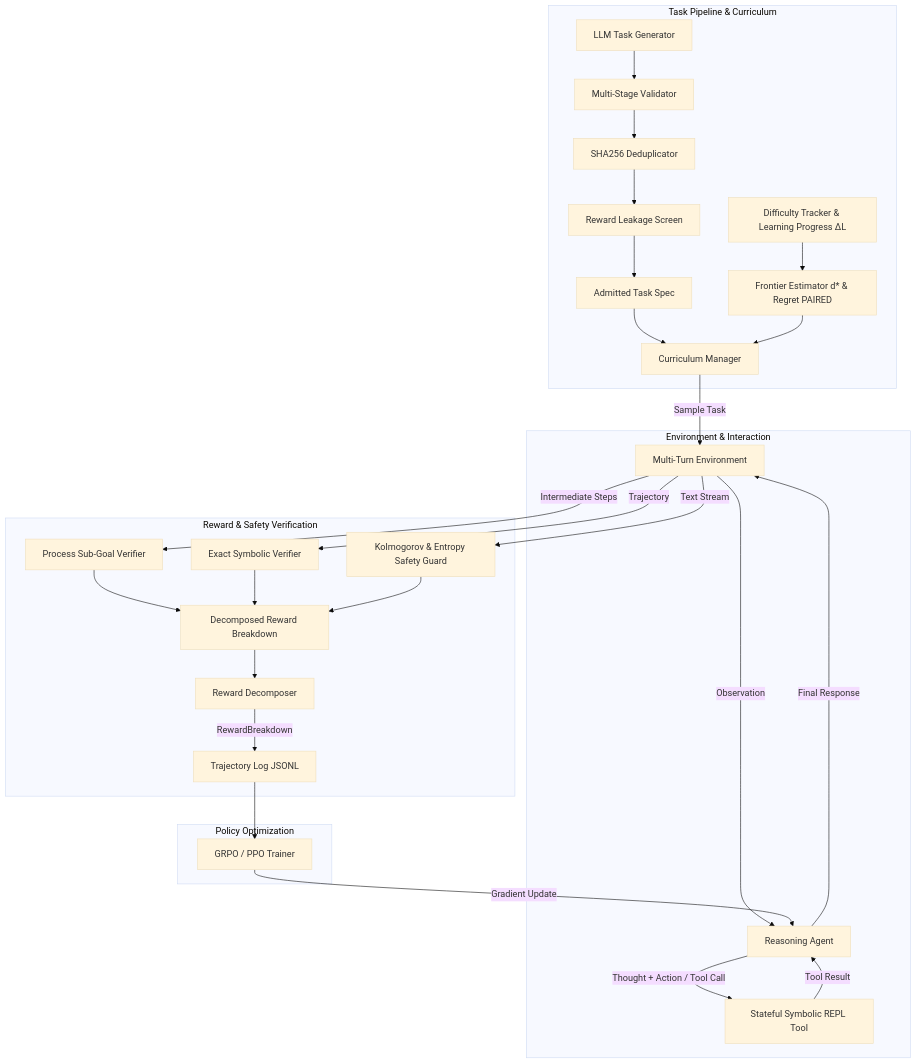
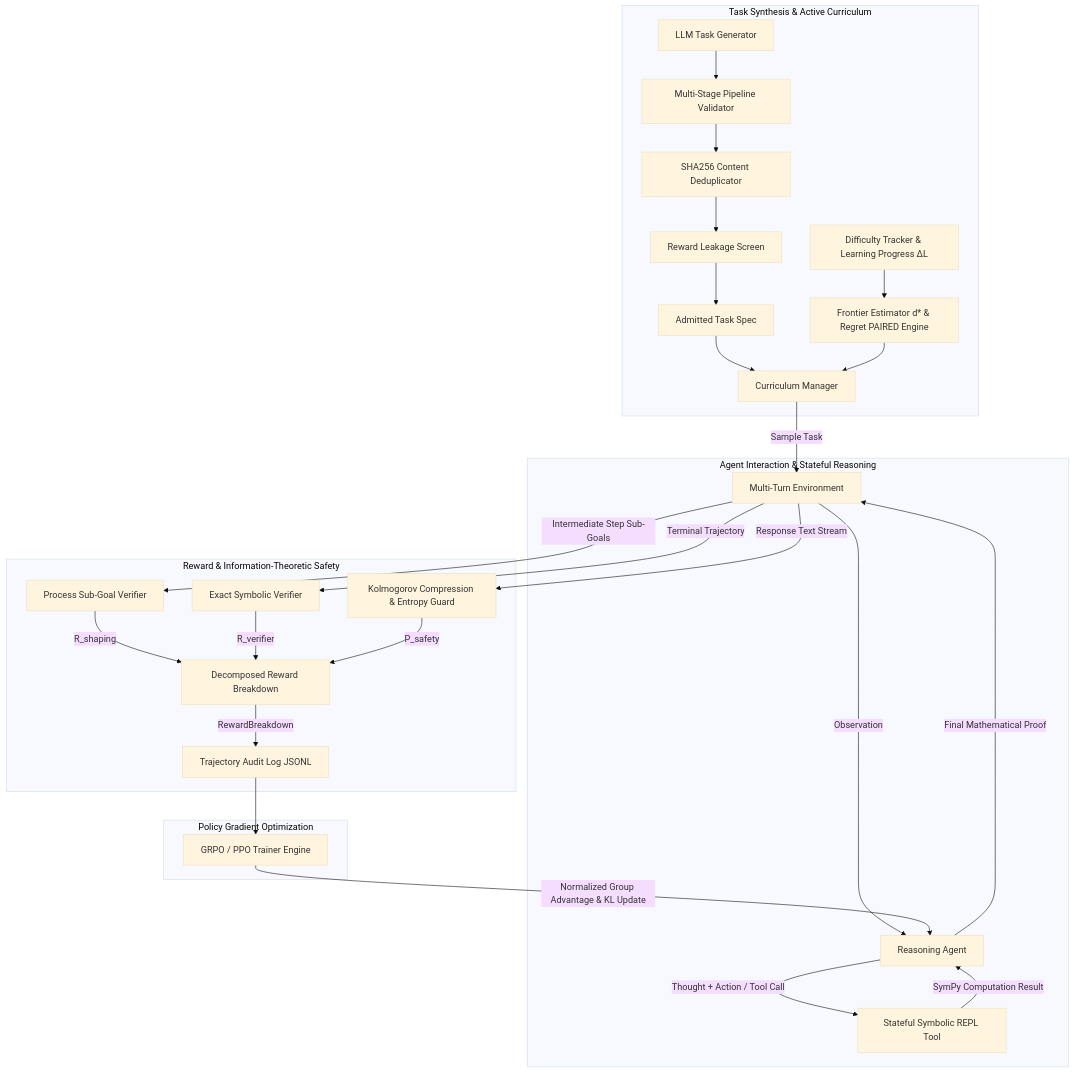
One commit to Jainam1673/orbit changed the diagram in README.md. Above: the diagram before and after it, drawn with Mermaid (base theme). The commit also changed other lines of this file, not shown here.

Commit message:
docs(readme): upgrade to frontier publication standard with complete ORBIT 2.0 theoretical & empirical documentation

````diff
--- a/README.md
+++ b/README.md
@@ -35,36 +65,35 @@
 ```mermaid
 flowchart TD
-    subgraph Task Pipeline & Curriculum
-        TG[LLM Task Generator] --> VAL[Multi-Stage Validator]
-        VAL --> DEDUP[SHA256 Deduplicator]
+    subgraph Task Synthesis & Active Curriculum
+        TG[LLM Task Generator] --> VAL[Multi-Stage Pipeline Validator]
+        VAL --> DEDUP[SHA256 Content Deduplicator]
         DEDUP --> SCRN[Reward Leakage Screen]
         SCRN --> ADMIT[Admitted Task Spec]
         ADMIT --> CM[Curriculum Manager]
-        DT[Difficulty Tracker & Learning Progress ΔL] --> FE[Frontier Estimator d* & Regret PAIRED]
+        DT[Difficulty Tracker & Learning Progress ΔL] --> FE[Frontier Estimator d* & Regret PAIRED Engine]
         FE --> CM
     end
 
-    subgraph Environment & Interaction
+    subgraph Agent Interaction & Stateful Reasoning
         CM -->|Sample Task| ENV[Multi-Turn Environment]
         ENV -->|Observation| AGT[Reasoning Agent]
         AGT -->|Thought + Action / Tool Call| REPL[Stateful Symbolic REPL Tool]
-        REPL -->|Tool Result| AGT
-        AGT -->|Final Response| ENV
+        REPL -->|SymPy Computation Result| AGT
+        AGT -->|Final Mathematical Proof| ENV
     end
 
-    subgraph Reward & Safety Verification
-        ENV -->|Intermediate Steps| PROC[Process Sub-Goal Verifier]
-        ENV -->|Trajectory| VER[Exact Symbolic Verifier]
-        ENV -->|Text Stream| SEC[Kolmogorov & Entropy Safety Guard]
-        PROC --> AGG[Decomposed Reward Breakdown]
-        VER --> AGG
-        SEC --> AGG
-        AGG --> RWD[Reward Decomposer]
-        RWD -->|RewardBreakdown| LOG[Trajectory Log JSONL]
+    subgraph Reward & Information-Theoretic Safety
+        ENV -->|Intermediate Step Sub-Goals| PROC[Process Sub-Goal Verifier]
+        ENV -->|Terminal Trajectory| VER[Exact Symbolic Verifier]
+        ENV -->|Response Text Stream| SEC[Kolmogorov Compression & Entropy Guard]
+        PROC -->|R_shaping| AGG[Decomposed Reward Breakdown]
+        VER -->|R_verifier| AGG
+        SEC -->|P_safety| AGG
+        AGG -->|RewardBreakdown| LOG[Trajectory Audit Log JSONL]
     end
 
-    subgraph Policy Optimization
-        LOG --> GRPO[GRPO / PPO Trainer]
-        GRPO -->|Gradient Update| AGT
+    subgraph Policy Gradient Optimization
+        LOG --> GRPO[GRPO / PPO Trainer Engine]
+        GRPO -->|Normalized Group Advantage & KL Update| AGT
     end
 ```
````
